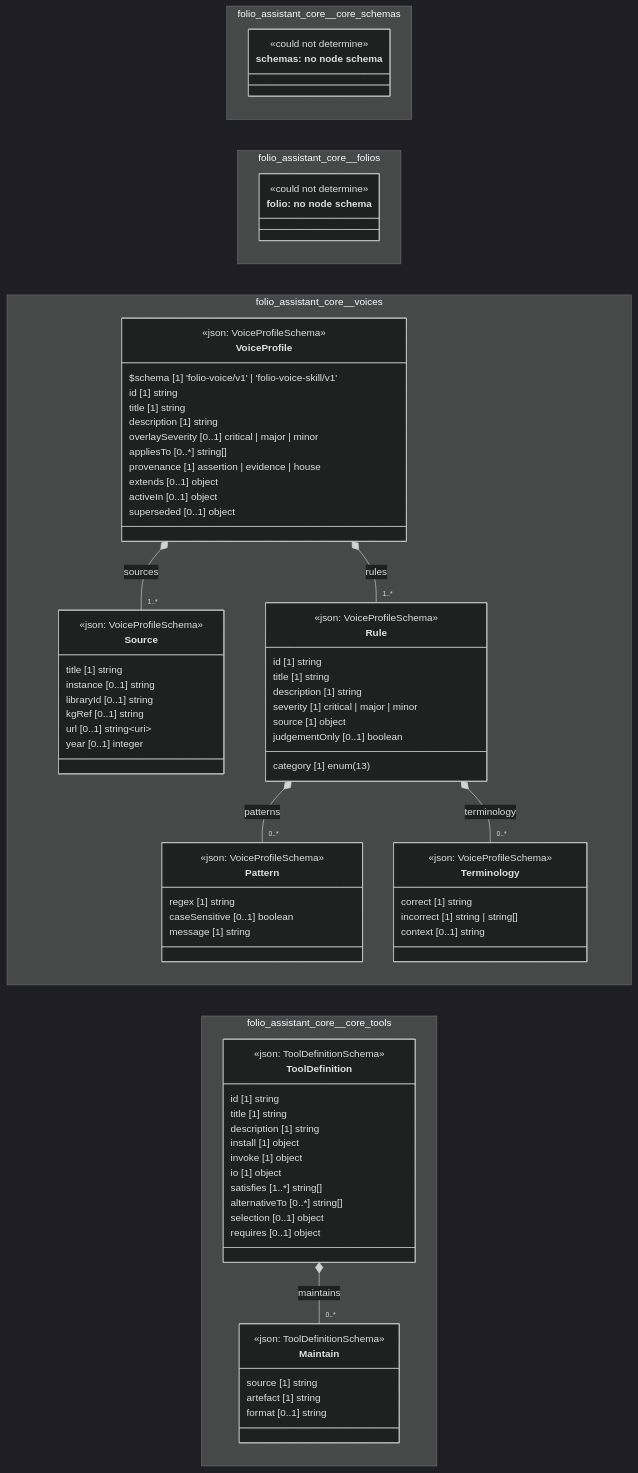
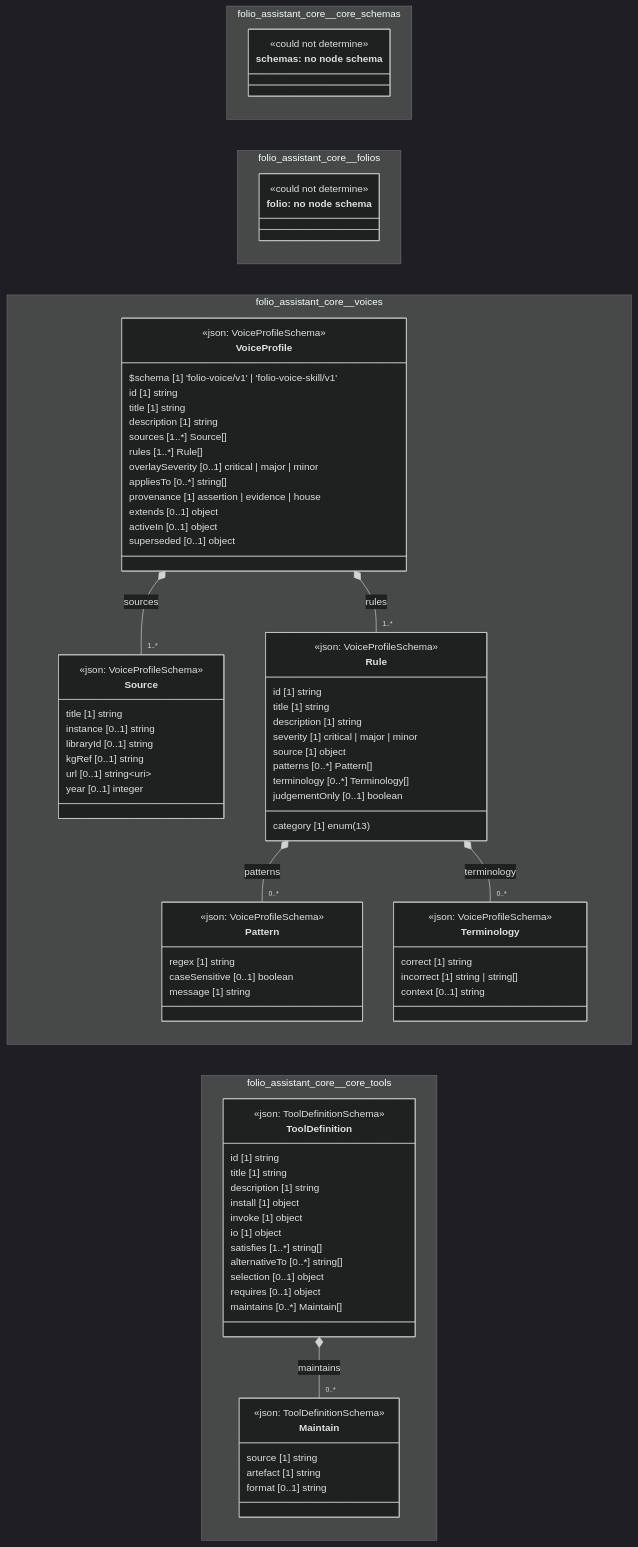
One commit to litlfred/folio-assistant changed the diagram in cat-harness/docs/uml/overview/folio-assistant-core.md. Above: the diagram before and after it, drawn with Mermaid (dark theme). The commit also changed 181 other files, not shown here.

First line of the commit message:
UML: full object model on the overview page; no empty class boxes

```diff
--- a/cat-harness/docs/uml/overview/folio-assistant-core.md
+++ b/cat-harness/docs/uml/overview/folio-assistant-core.md
@@ -75,6 +75,8 @@
       category [1] enum(13)
       severity [1] critical | major | minor
       source [1] object
+      patterns [0..*] Pattern[]
+      terminology [0..*] Terminology[]
       judgementOnly [0..1] boolean
     }
     class folio_assistant_core_voices_VoiceProfile["VoiceProfile"] {
@@ -83,6 +85,8 @@
       id [1] string
       title [1] string
       description [1] string
+      sources [1..*] Source[]
+      rules [1..*] Rule[]
       overlaySeverity [0..1] critical | major | minor
       appliesTo [0..*] string[]
       provenance [1] assertion | evidence | house
@@ -110,6 +114,7 @@
       alternativeTo [0..*] string[]
       selection [0..1] object
       requires [0..1] object
+      maintains [0..*] Maintain[]
     }
   }
   cssClass "n_folio_assistant_core_core_schemas_schemas" fa_uml_kind_schemas
```
